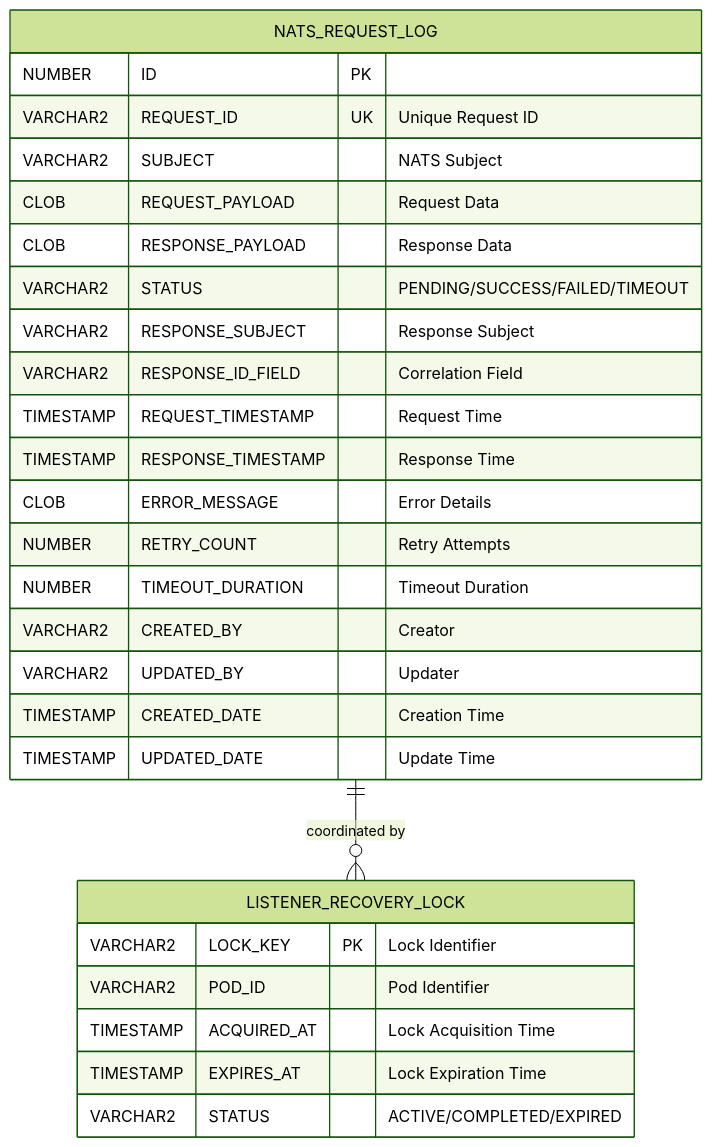
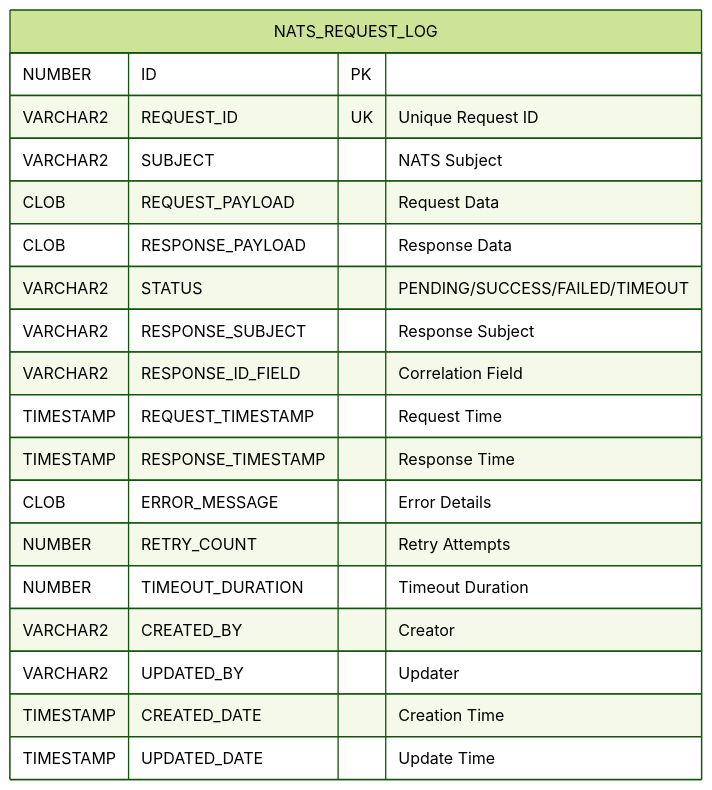
Before and after one commit to fantong11/nats-client: the third of 3 diagrams in docs/ARCHITECTURE_DIAGRAMS.md, drawn with Mermaid (forest theme). The commit also changed other lines of this file and 3 other files, not shown here.

First line of the commit message:
docs: Update architecture documentation for durable consumer refactoring

````diff
--- a/docs/ARCHITECTURE_DIAGRAMS.md
+++ b/docs/ARCHITECTURE_DIAGRAMS.md
@@ -268,32 +148,22 @@
 ```mermaid
 erDiagram
     NATS_REQUEST_LOG {
         NUMBER ID PK
         VARCHAR2 REQUEST_ID UK "Unique Request ID"
         VARCHAR2 SUBJECT "NATS Subject"
         CLOB REQUEST_PAYLOAD "Request Data"
         CLOB RESPONSE_PAYLOAD "Response Data"
         VARCHAR2 STATUS "PENDING/SUCCESS/FAILED/TIMEOUT"
         VARCHAR2 RESPONSE_SUBJECT "Response Subject"
         VARCHAR2 RESPONSE_ID_FIELD "Correlation Field"
         TIMESTAMP REQUEST_TIMESTAMP "Request Time"
         TIMESTAMP RESPONSE_TIMESTAMP "Response Time"
         CLOB ERROR_MESSAGE "Error Details"
         NUMBER RETRY_COUNT "Retry Attempts"
         NUMBER TIMEOUT_DURATION "Timeout Duration"
         VARCHAR2 CREATED_BY "Creator"
         VARCHAR2 UPDATED_BY "Updater"
         TIMESTAMP CREATED_DATE "Creation Time"
         TIMESTAMP UPDATED_DATE "Update Time"
     }
-    
-    LISTENER_RECOVERY_LOCK {
-        VARCHAR2 LOCK_KEY PK "Lock Identifier"
-        VARCHAR2 POD_ID "Pod Identifier"
-        TIMESTAMP ACQUIRED_AT "Lock Acquisition Time"
-        TIMESTAMP EXPIRES_AT "Lock Expiration Time"
-        VARCHAR2 STATUS "ACTIVE/COMPLETED/EXPIRED"
-    }
-    
-    NATS_REQUEST_LOG ||--o{ LISTENER_RECOVERY_LOCK : "coordinated by"
 ```
````
